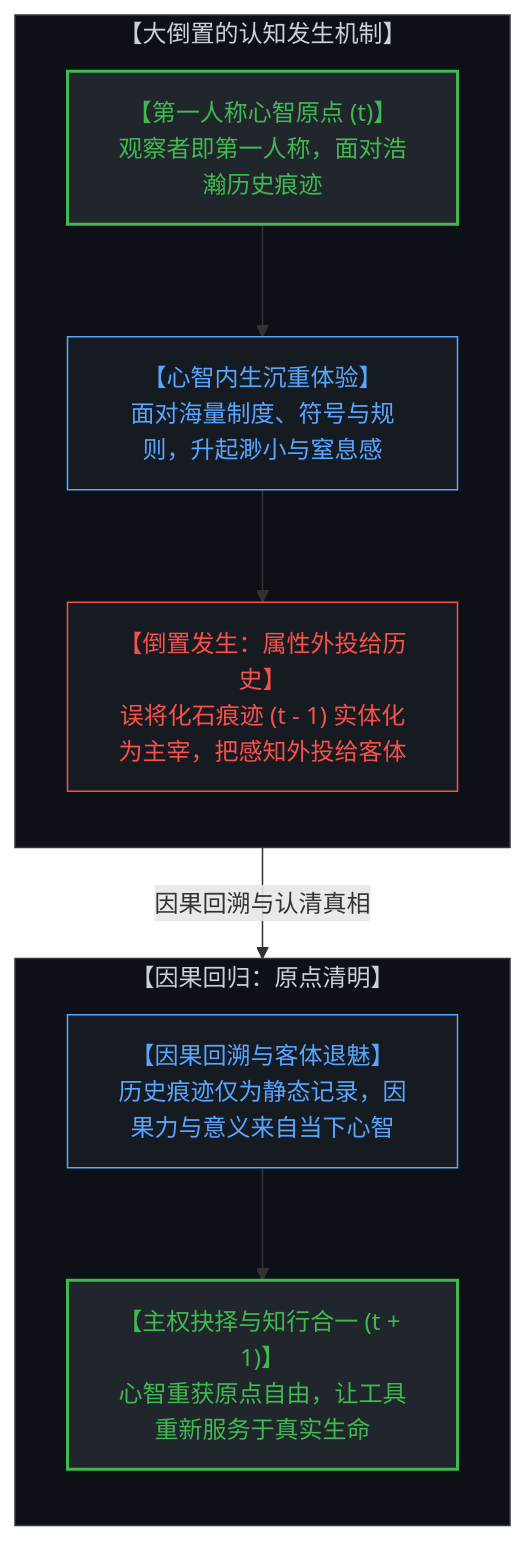
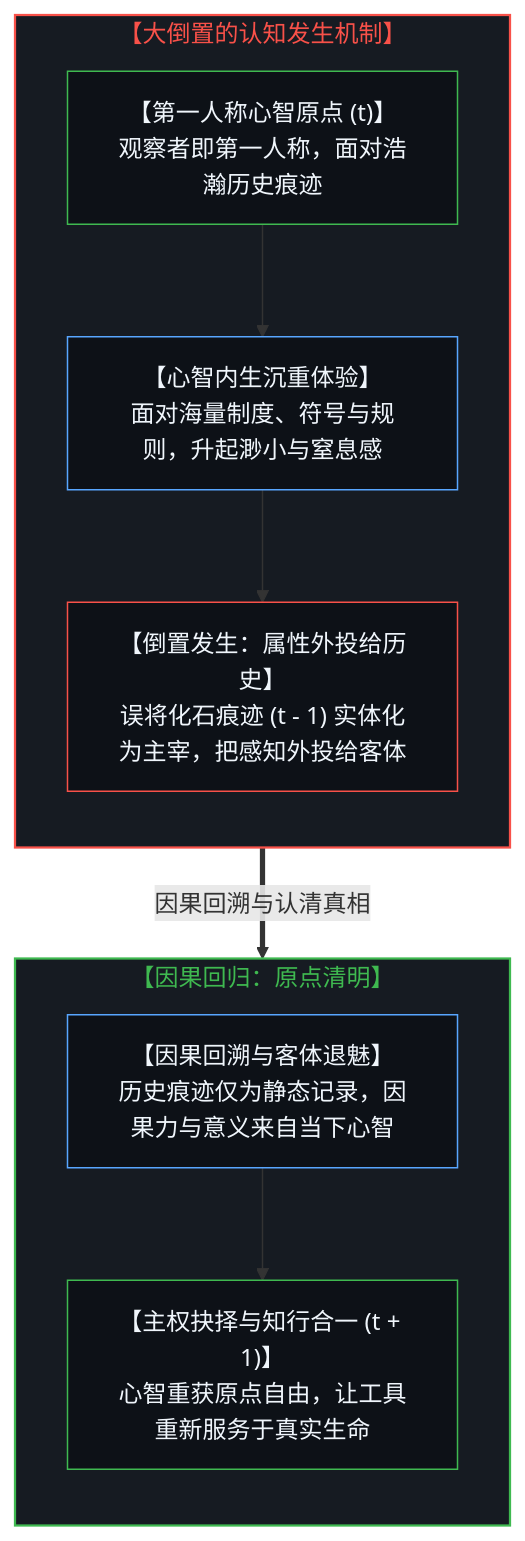
The first of 16 diagrams in content/posts/the-dissolution-of-the-great-reversal.md (powerpig99/not-a-toe), drawn with Mermaid before and after one commit. The commit also changed other lines of this file and 11 other files, not shown here.

````diff
--- a/content/posts/the-dissolution-of-the-great-reversal.md
+++ b/content/posts/the-dissolution-of-the-great-reversal.md
@@ -29,28 +33,28 @@
 ```mermaid
-graph TD
-    subgraph TracingReversal["【大倒置的认知发生机制】"]
+flowchart TD
+    subgraph S_Reversal["【大倒置的认知发生机制】"]
         direction TB
-        ConsciousOrigin["【第一人称心智原点 (t)】<br>观察者即第一人称，面对浩瀚历史痕迹"]
-        InternalHeaviness["【心智内生沉重体验】<br>面对海量制度、符号与规则，升起渺小与窒息感"]
-        ProjectionInversion["【倒置发生：属性外投给历史】<br>误将化石痕迹 (t - 1) 实体化为主宰，把感知外投给客体"]
+        ConsciousOrigin["【第一人称心智原点 (t)】<br/>观察者即第一人称，面对浩瀚历史痕迹"]
+        InternalHeaviness["【心智内生沉重体验】<br/>面对海量制度、符号与规则，升起渺小与窒息感"]
+        ProjectionInversion["【倒置发生：属性外投给历史】<br/>误将化石痕迹 (t - 1) 实体化为主宰，把感知外投给客体"]
         ConsciousOrigin --> InternalHeaviness
         InternalHeaviness --> ProjectionInversion
     end
 
-    subgraph CausalClarity["【因果回归：原点清明】"]
+    S_Reversal ==>|"因果回溯与认清真相"| S_Clarity
+
+    subgraph S_Clarity["【因果回归：原点清明】"]
         direction TB
-        TraceDemystification["【因果回溯与客体退魅】<br>历史痕迹仅为静态记录，因果力与意义来自当下心智"]
-        SovereignAgency["【主权抉择与知行合一 (t + 1)】<br>心智重获原点自由，让工具重新服务于真实生命"]
+        TraceDemystification["【因果回溯与客体退魅】<br/>历史痕迹仅为静态记录，因果力与意义来自当下心智"]
+        SovereignAgency["【主权抉择与知行合一 (t + 1)】<br/>心智重获原点自由，让工具重新服务于真实生命"]
         TraceDemystification --> SovereignAgency
     end
 
-    ProjectionInversion -->|"因果回溯与认清真相"| TraceDemystification
-
-    style TracingReversal fill:#0d1117,stroke:#30363d,stroke-width:1px,color:#c9d1d9
-    style ConsciousOrigin fill:#21262d,stroke:#3fb950,stroke-width:2px,color:#3fb950
-    style InternalHeaviness fill:#161b22,stroke:#58a6ff,stroke-width:1px,color:#58a6ff
-    style ProjectionInversion fill:#161b22,stroke:#f85149,stroke-width:1px,color:#f85149
-    style CausalClarity fill:#0d1117,stroke:#30363d,stroke-width:1px,color:#c9d1d9
-    style TraceDemystification fill:#161b22,stroke:#58a6ff,stroke-width:1px,color:#58a6ff
-    style SovereignAgency fill:#21262d,stroke:#3fb950,stroke-width:2px,color:#3fb950
+    style S_Reversal fill:#161b22,stroke:#f85149,stroke-width:1.5px,color:#f85149
+    style S_Clarity fill:#161b22,stroke:#3fb950,stroke-width:1.5px,color:#3fb950
+    style ConsciousOrigin fill:#0d1117,stroke:#3fb950,stroke-width:1px,color:#f0f6fc
+    style InternalHeaviness fill:#0d1117,stroke:#58a6ff,stroke-width:1px,color:#f0f6fc
+    style ProjectionInversion fill:#0d1117,stroke:#f85149,stroke-width:1px,color:#f0f6fc
+    style TraceDemystification fill:#0d1117,stroke:#58a6ff,stroke-width:1px,color:#f0f6fc
+    style SovereignAgency fill:#0d1117,stroke:#3fb950,stroke-width:1px,color:#f0f6fc
 ```
````
